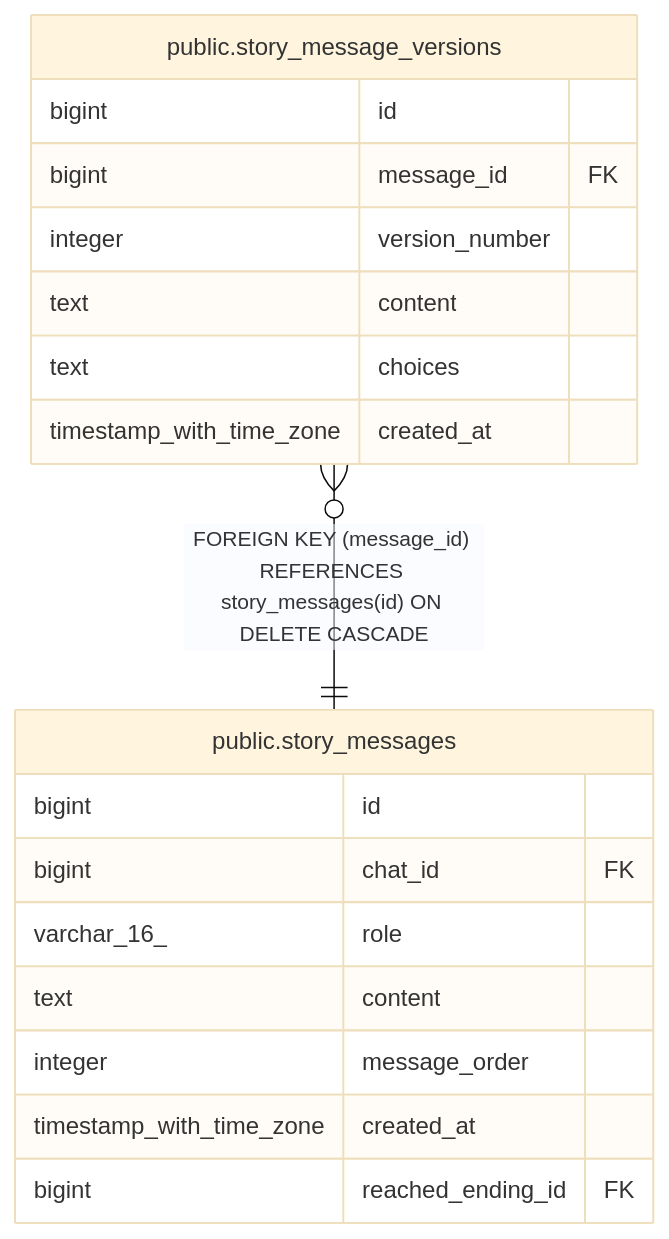
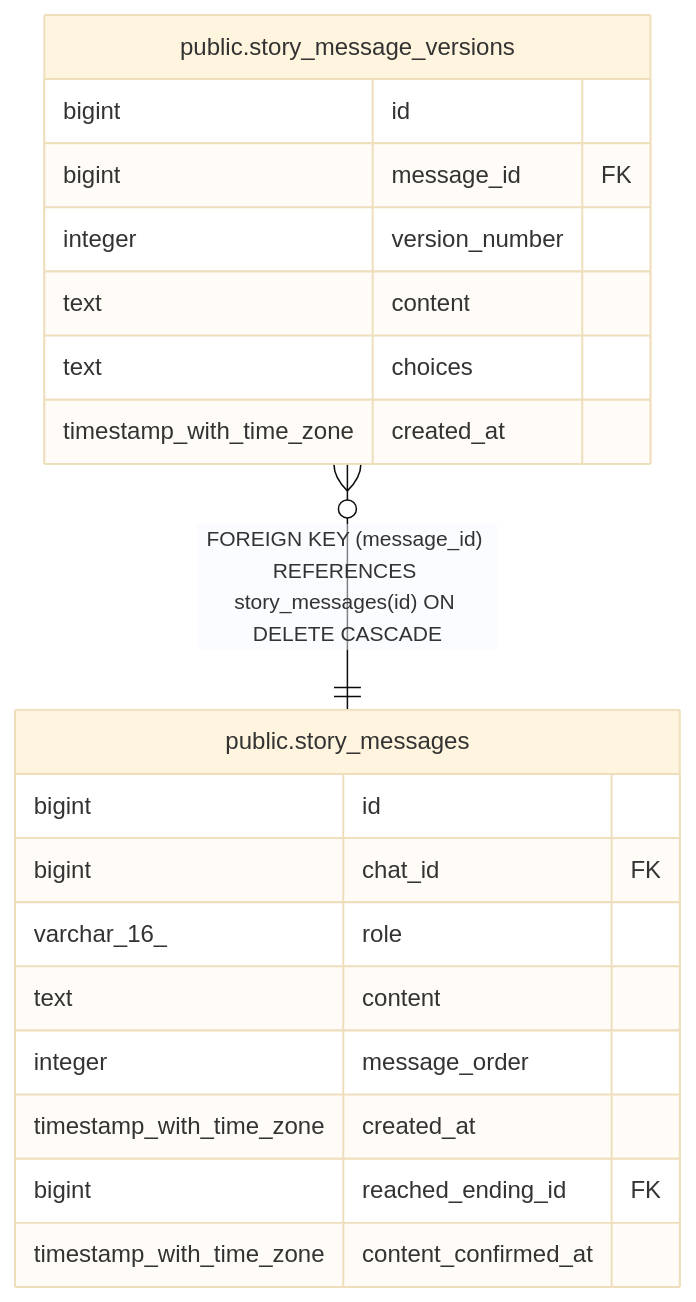
The diagram in dbdoc/public.story_message_versions.md (KIM-N-KANG/manyak-server), drawn with Mermaid (base theme) before and after one commit. The commit also changed 16 other files, not shown here.

````diff
--- a/dbdoc/public.story_message_versions.md
+++ b/dbdoc/public.story_message_versions.md
@@ -32,23 +32,24 @@
 ```mermaid
 erDiagram
 
 "public.story_message_versions" }o--|| "public.story_messages" : "FOREIGN KEY (message_id) REFERENCES story_messages(id) ON DELETE CASCADE"
 
 "public.story_message_versions" {
   bigint id
   bigint message_id FK
   integer version_number
   text content
   text choices
   timestamp_with_time_zone created_at
 }
 "public.story_messages" {
   bigint id
   bigint chat_id FK
   varchar_16_ role
   text content
   integer message_order
   timestamp_with_time_zone created_at
   bigint reached_ending_id FK
+  timestamp_with_time_zone content_confirmed_at
 }
 ```
````
